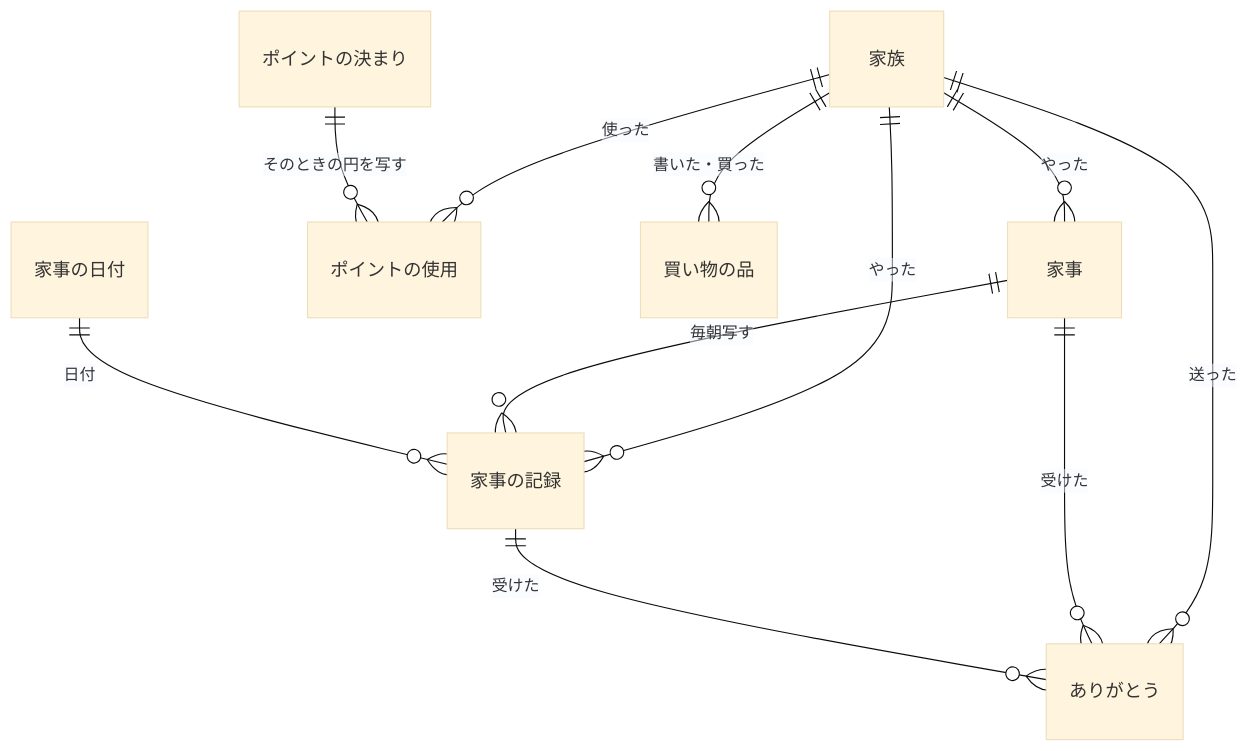
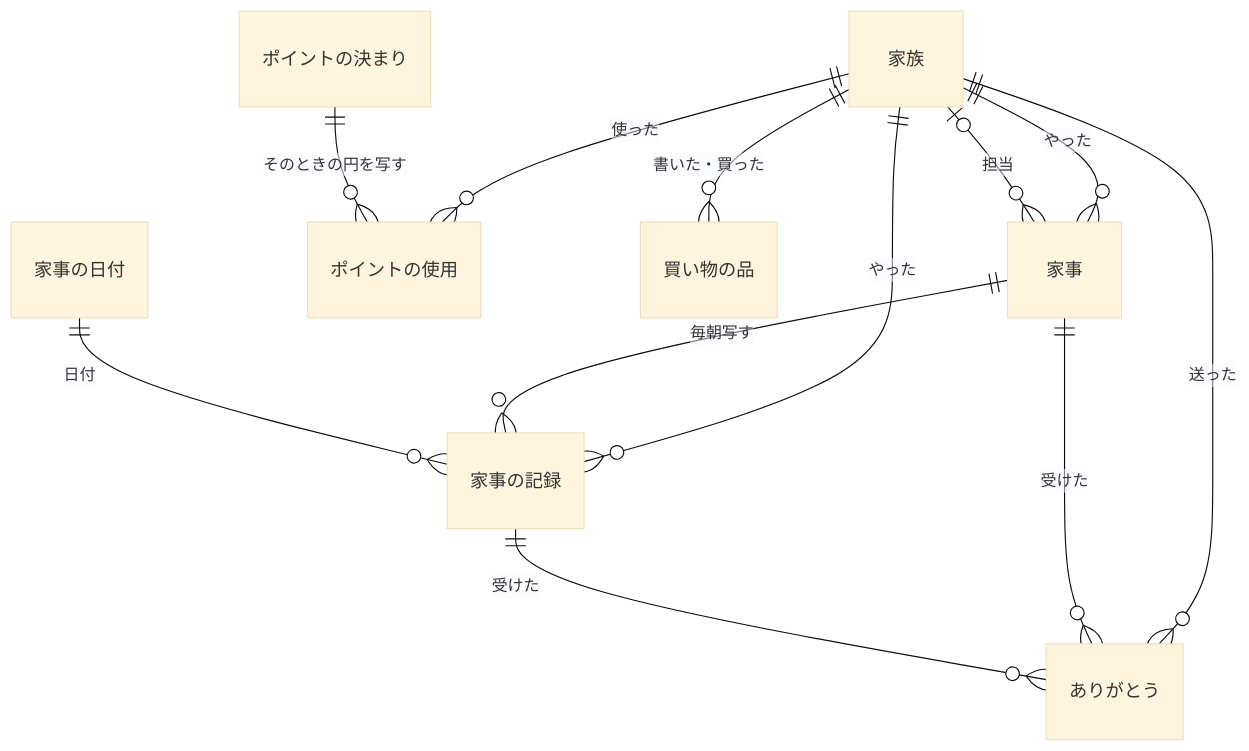
One commit to rinhanion/kaji-board changed the first of 6 diagrams in docs/rdra/4-システム.md. Above: the diagram before and after it, drawn with Mermaid (base theme). The commit also changed other lines of this file and 14 other files, not shown here.

````diff
--- a/docs/rdra/4-システム.md
+++ b/docs/rdra/4-システム.md
@@ -23,21 +23,22 @@
 ```mermaid
 erDiagram
   member["家族"]
   task["家事"]
   record["家事の記録"]
   thanks["ありがとう"]
   use["ポイントの使用"]
   item["買い物の品"]
   day["家事の日付"]
   rule["ポイントの決まり"]
   member ||--o{ task : "やった"
+  member |o--o{ task : "担当"
   member ||--o{ record : "やった"
   member ||--o{ thanks : "送った"
   task ||--o{ thanks : "受けた"
   record ||--o{ thanks : "受けた"
   task ||--o{ record : "毎朝写す"
   member ||--o{ use : "使った"
   member ||--o{ item : "書いた・買った"
   day ||--o{ record : "日付"
   rule ||--o{ use : "そのときの円を写す"
 ```
````
